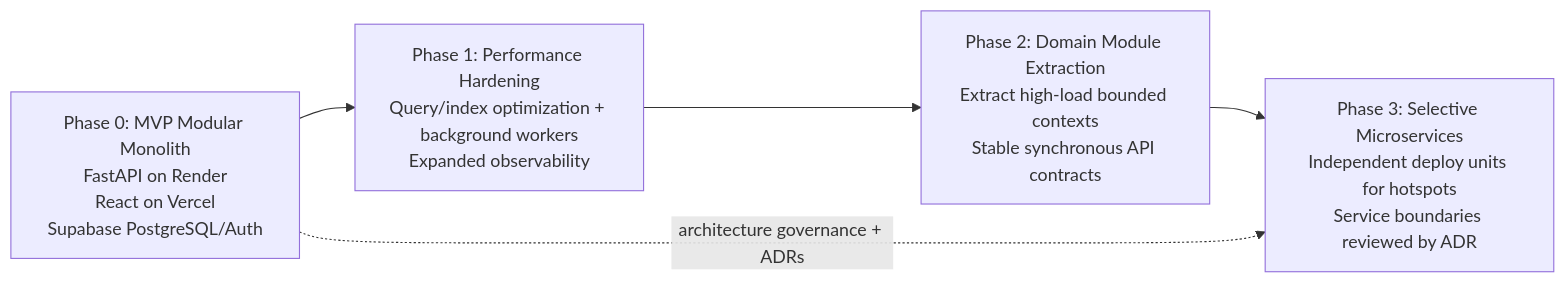
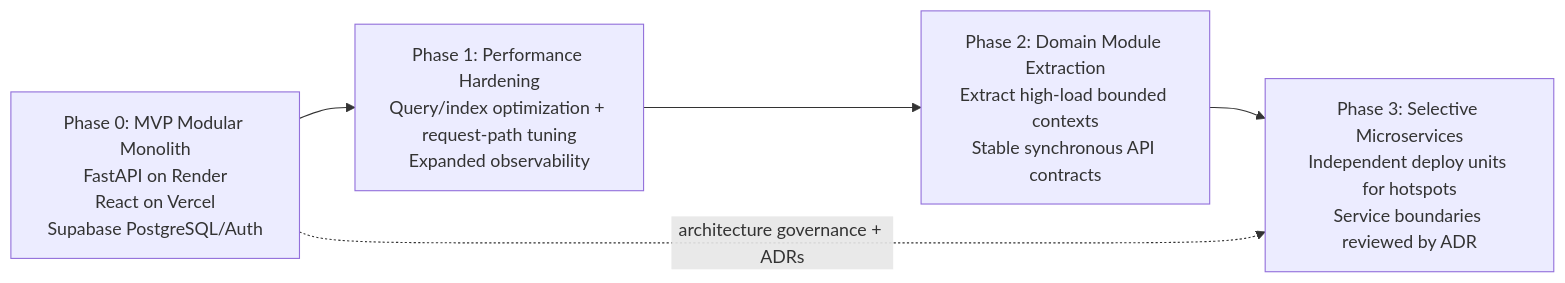
Before and after one commit to alonsovndev/open-projects-hub-docs: the diagram in docs/projects/open-project-hub/03-architecture/diagrams/architecture-evolution.mmd, drawn with Mermaid. The commit also changed 18 other files, not shown here.

```diff
--- a/docs/projects/open-project-hub/03-architecture/diagrams/architecture-evolution.mmd
+++ b/docs/projects/open-project-hub/03-architecture/diagrams/architecture-evolution.mmd
@@ -1,6 +1,6 @@
 flowchart LR
-    A[Phase 0: MVP Modular Monolith\nFastAPI on Render\nReact on Vercel\nSupabase PostgreSQL/Auth] --> B[Phase 1: Performance Hardening\nQuery/index optimization + background workers\nExpanded observability]
+    A[Phase 0: MVP Modular Monolith\nFastAPI on Render\nReact on Vercel\nSupabase PostgreSQL/Auth] --> B[Phase 1: Performance Hardening\nQuery/index optimization + request-path tuning\nExpanded observability]
     B --> C[Phase 2: Domain Module Extraction\nExtract high-load bounded contexts\nStable synchronous API contracts]
     C --> D[Phase 3: Selective Microservices\nIndependent deploy units for hotspots\nService boundaries reviewed by ADR]
 
     A -.architecture governance + ADRs.-> D
```
